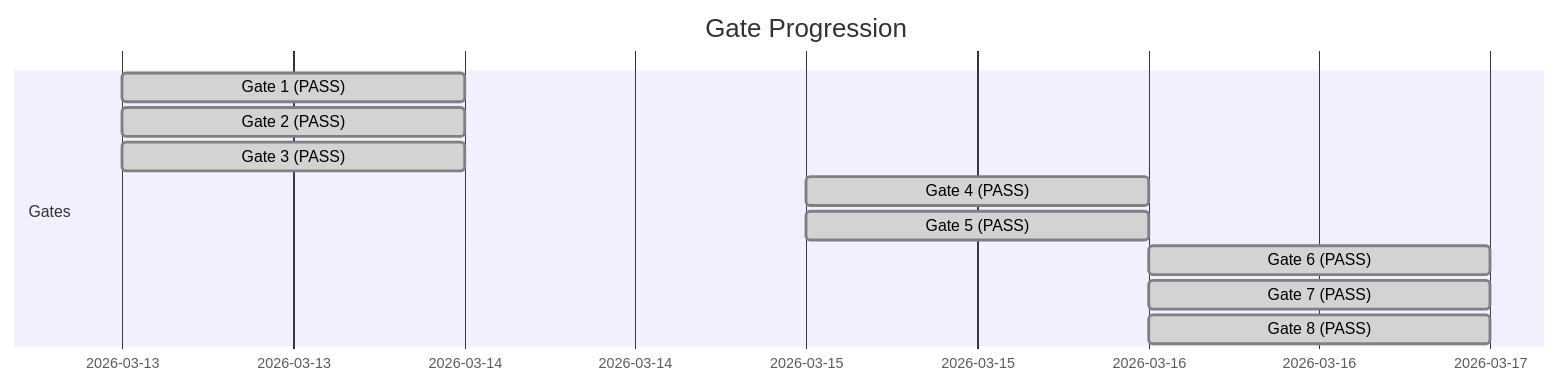
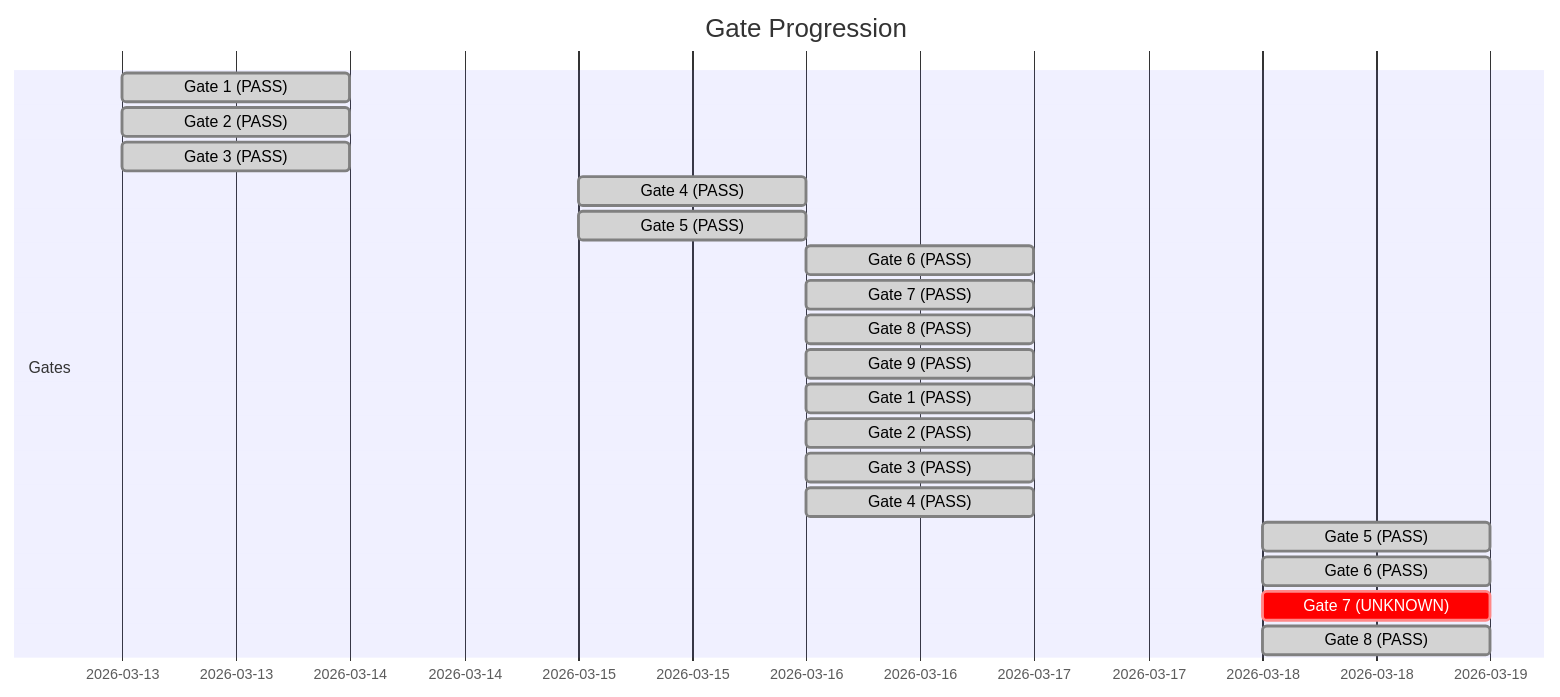
The first of 6 diagrams in reports/unplughq-delivery-summary.md (sjefsharp/unplughq), drawn with Mermaid before and after one commit. The commit also changed other lines of this file, not shown here.

````diff
--- a/reports/unplughq-delivery-summary.md
+++ b/reports/unplughq-delivery-summary.md
@@ -36,14 +45,23 @@
 ```mermaid
 gantt
     title Gate Progression
     dateFormat YYYY-MM-DD
     section Gates
     Gate 1 (PASS) :done, 2026-03-13, 1d
     Gate 2 (PASS) :done, 2026-03-13, 1d
     Gate 3 (PASS) :done, 2026-03-13, 1d
     Gate 4 (PASS) :done, 2026-03-15, 1d
     Gate 5 (PASS) :done, 2026-03-15, 1d
     Gate 6 (PASS) :done, 2026-03-16, 1d
     Gate 7 (PASS) :done, 2026-03-16, 1d
     Gate 8 (PASS) :done, 2026-03-16, 1d
+    Gate 9 (PASS) :done, 2026-03-16, 1d
+    Gate 1 (PASS) :done, 2026-03-16, 1d
+    Gate 2 (PASS) :done, 2026-03-16, 1d
+    Gate 3 (PASS) :done, 2026-03-16, 1d
+    Gate 4 (PASS) :done, 2026-03-16, 1d
+    Gate 5 (PASS) :done, 2026-03-18, 1d
+    Gate 6 (PASS) :done, 2026-03-18, 1d
+    Gate 7 (UNKNOWN) :crit, 2026-03-18, 1d
+    Gate 8 (PASS) :done, 2026-03-18, 1d
 ```
````
